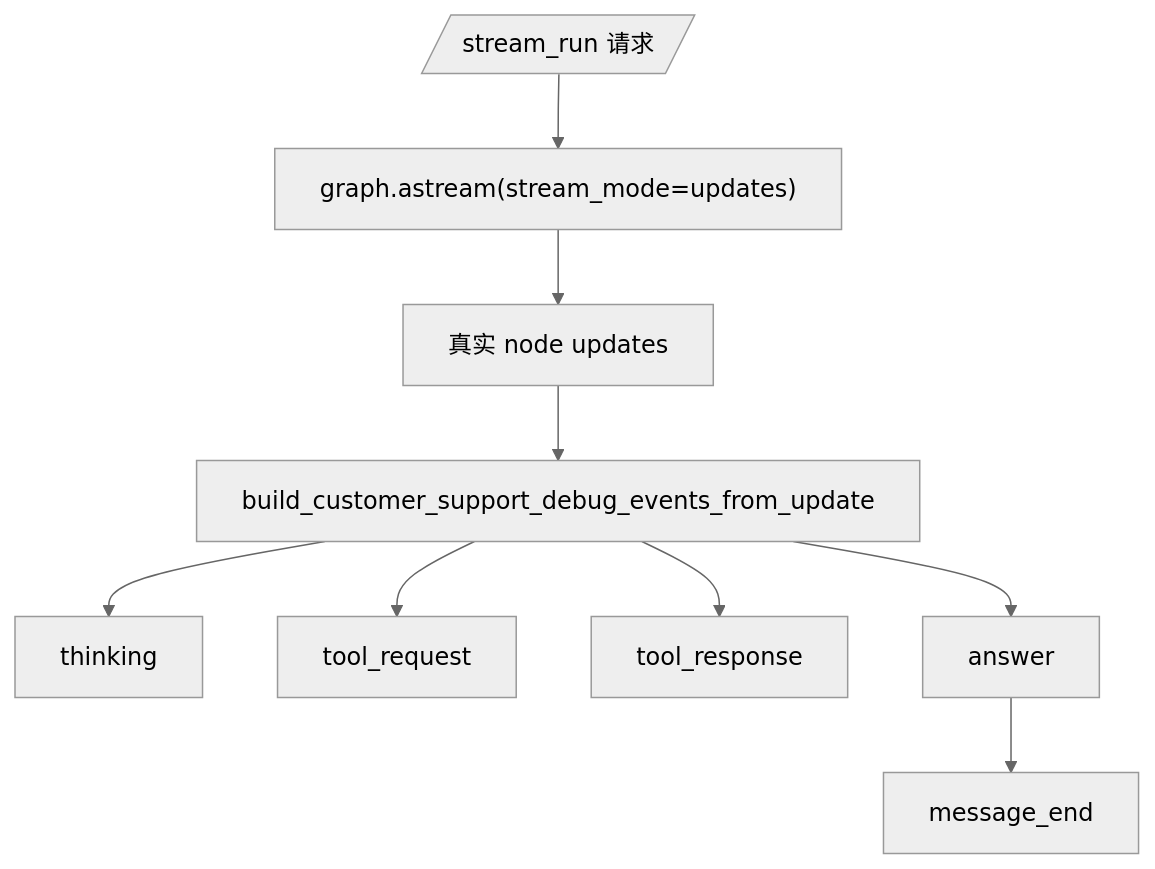
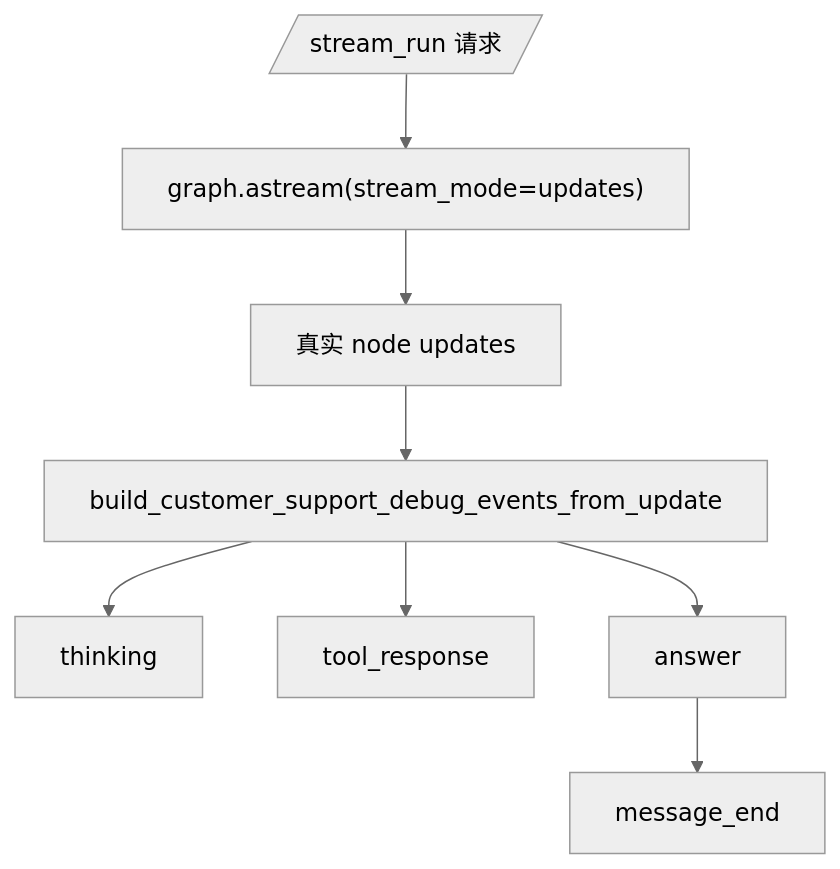
The fourth of 7 diagrams in docs/AGENT_TECHNICAL_DOCUMENTATION.md (lr12338/hifleet-agent), drawn with Mermaid (neutral theme) before and after one commit. The commit also changed other lines of this file and 9 other files, not shown here.

````diff
--- a/docs/AGENT_TECHNICAL_DOCUMENTATION.md
+++ b/docs/AGENT_TECHNICAL_DOCUMENTATION.md
@@ -469,11 +175,10 @@
 ```mermaid
 flowchart TD
     Req[/stream_run 请求/] --> Graph["graph.astream(stream_mode=updates)"]
     Graph --> Update["真实 node updates"]
     Update --> Debug["build_customer_support_debug_events_from_update"]
     Debug --> SSE1[thinking]
-    Debug --> SSE2[tool_request]
-    Debug --> SSE3[tool_response]
-    Debug --> SSE4[answer]
-    SSE4 --> End[message_end]
+    Debug --> SSE2[tool_response]
+    Debug --> SSE3[answer]
+    SSE3 --> End[message_end]
 ```
````
